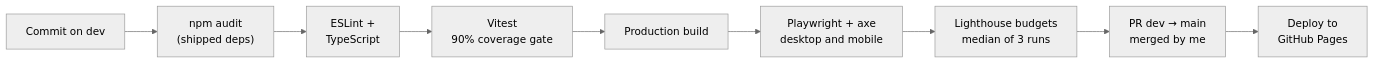
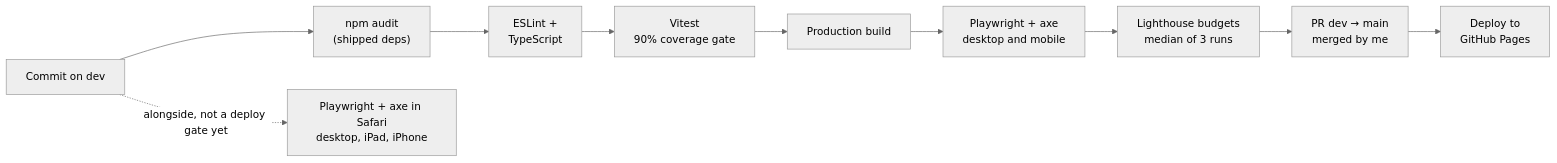
Before and after one commit to SzymonRojek/homepage: the second of 4 diagrams in README.md, drawn with Mermaid (neutral theme). The commit also changed other lines of this file and 1 other file, not shown here.

Commit message:
mention the safari tests and update the test count

````diff
--- a/README.md
+++ b/README.md
@@ -61,11 +61,12 @@
 ```mermaid
 flowchart LR
   commit["Commit on dev"] --> audit["npm audit<br/>(shipped deps)"]
   audit --> lint["ESLint +<br/>TypeScript"]
   lint --> unit["Vitest<br/>90% coverage gate"]
   unit --> build["Production build"]
   build --> e2e["Playwright + axe<br/>desktop and mobile"]
+  commit -. "alongside, not a deploy gate yet" .-> safari["Playwright + axe in Safari<br/>desktop, iPad, iPhone"]
   e2e --> lh["Lighthouse budgets<br/>median of 3 runs"]
   lh --> pr["PR dev → main<br/>merged by me"]
   pr --> deploy["Deploy to<br/>GitHub Pages"]
 ```
````
